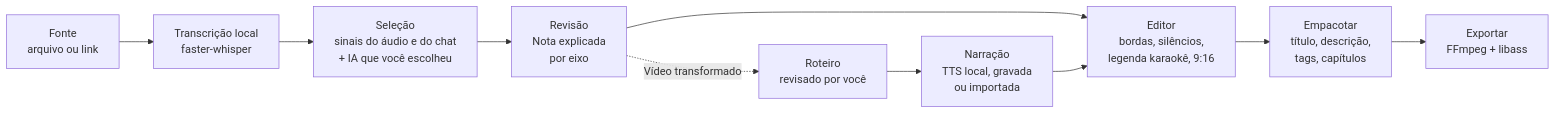
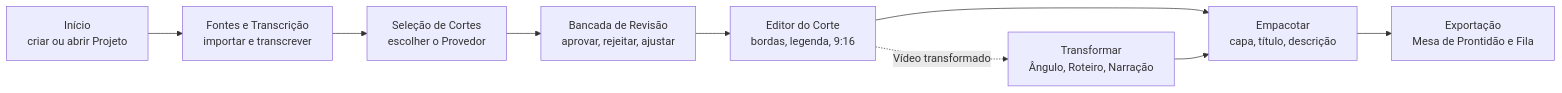
One commit to GUSTAVOHOOO/clipes changed the first of 2 diagrams in README.md. Above: the diagram before and after it, drawn with Mermaid. The commit also changed other lines of this file and 2 other files, not shown here.

````diff
--- a/README.md
+++ b/README.md
@@ -56,12 +62,11 @@
 ```mermaid
 flowchart LR
-    A["Fonte<br/>arquivo ou link"] --> B["Transcrição local<br/>faster-whisper"]
-    B --> C["Seleção<br/>sinais do áudio e do chat<br/>+ IA que você escolheu"]
-    C --> D["Revisão<br/>Nota explicada<br/>por eixo"]
-    D --> E["Editor<br/>bordas, silêncios,<br/>legenda karaokê, 9:16"]
-    E --> F["Empacotar<br/>título, descrição,<br/>tags, capítulos"]
-    F --> G["Exportar<br/>FFmpeg + libass"]
-    D -. Vídeo transformado .-> H["Roteiro<br/>revisado por você"]
-    H --> I["Narração<br/>TTS local, gravada<br/>ou importada"]
-    I --> E
+    A["Início<br/>criar ou abrir Projeto"] --> B["Fontes e Transcrição<br/>importar e transcrever"]
+    B --> C["Seleção de Cortes<br/>escolher o Provedor"]
+    C --> D["Bancada de Revisão<br/>aprovar, rejeitar, ajustar"]
+    D --> E["Editor do Corte<br/>bordas, legenda, 9:16"]
+    E -. Vídeo transformado .-> F["Transformar<br/>Ângulo, Roteiro, Narração"]
+    E --> G["Empacotar<br/>capa, título, descrição"]
+    F --> G
+    G --> H["Exportação<br/>Mesa de Prontidão e Fila"]
 ```
````
